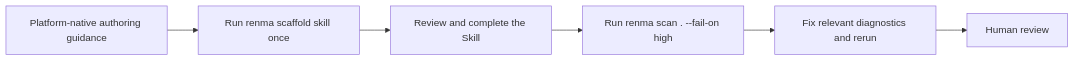
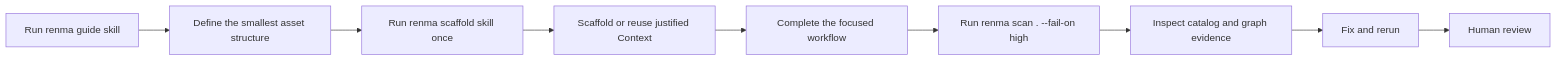
Before and after one commit to KazuCocoa/renma: the first of 2 diagrams in docs/user-manual.md, drawn with Mermaid. The commit also changed other lines of this file and 23 other files, not shown here.

First line of the commit message:
feat: authoring guidance support (#103)

````diff
--- a/docs/user-manual.md
+++ b/docs/user-manual.md
@@ -229,8 +232,11 @@
 ```mermaid
 flowchart LR
-  Design["Platform-native authoring guidance"] --> Scaffold["Run renma scaffold skill once"]
-  Scaffold --> Complete["Review and complete the Skill"]
+  Guide["Run renma guide skill"] --> Structure["Define the smallest asset structure"]
+  Structure --> Scaffold["Run renma scaffold skill once"]
+  Scaffold --> Context["Scaffold or reuse justified Context"]
+  Context --> Complete["Complete the focused workflow"]
   Complete --> Validate["Run renma scan . --fail-on high"]
-  Validate --> Fix["Fix relevant diagnostics and rerun"]
+  Validate --> Evidence["Inspect catalog and graph evidence"]
+  Evidence --> Fix["Fix and rerun"]
   Fix --> Review["Human review"]
 ```
````
